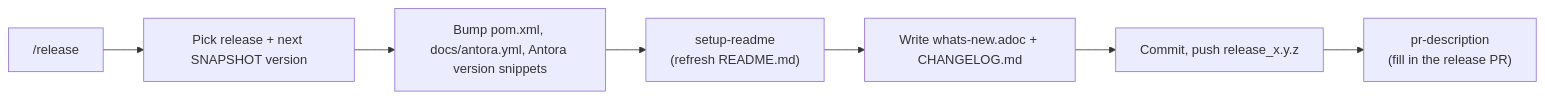
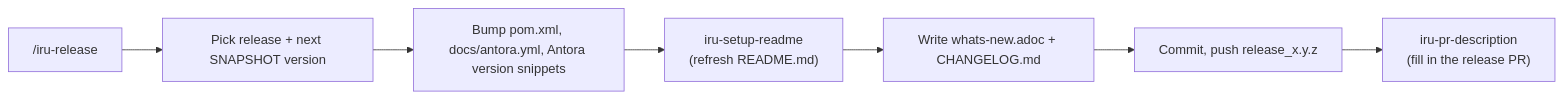
Before and after one commit to albertoirurueta/ai-catalog: the fifth of 7 diagrams in docs/modules/ROOT/pages/index.adoc, drawn with Mermaid. The commit also changed other lines of this file and 174 other files, not shown here.

```diff
--- a/docs/modules/ROOT/pages/index.adoc
+++ b/docs/modules/ROOT/pages/index.adoc
@@ -840,10 +845,10 @@
 [mermaid]
 ....
 flowchart LR
-    A["/release"] --> B["Pick release + next SNAPSHOT version"]
+    A["/iru-release"] --> B["Pick release + next SNAPSHOT version"]
     B --> C["Bump pom.xml, docs/antora.yml, Antora version snippets"]
-    C --> D["setup-readme\n(refresh README.md)"]
+    C --> D["iru-setup-readme\n(refresh README.md)"]
     D --> E["Write whats-new.adoc + CHANGELOG.md"]
     E --> F["Commit, push release_x.y.z"]
-    F --> G["pr-description\n(fill in the release PR)"]
+    F --> G["iru-pr-description\n(fill in the release PR)"]
 ....
```
